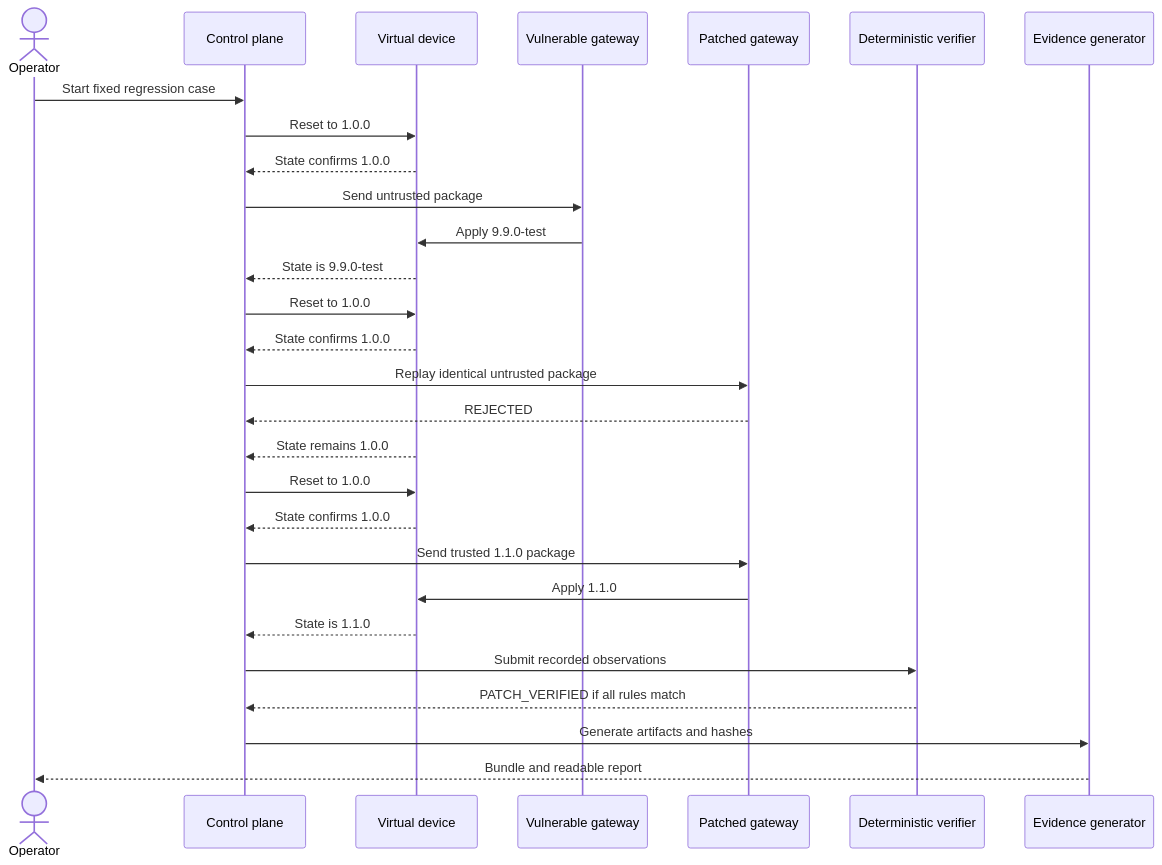
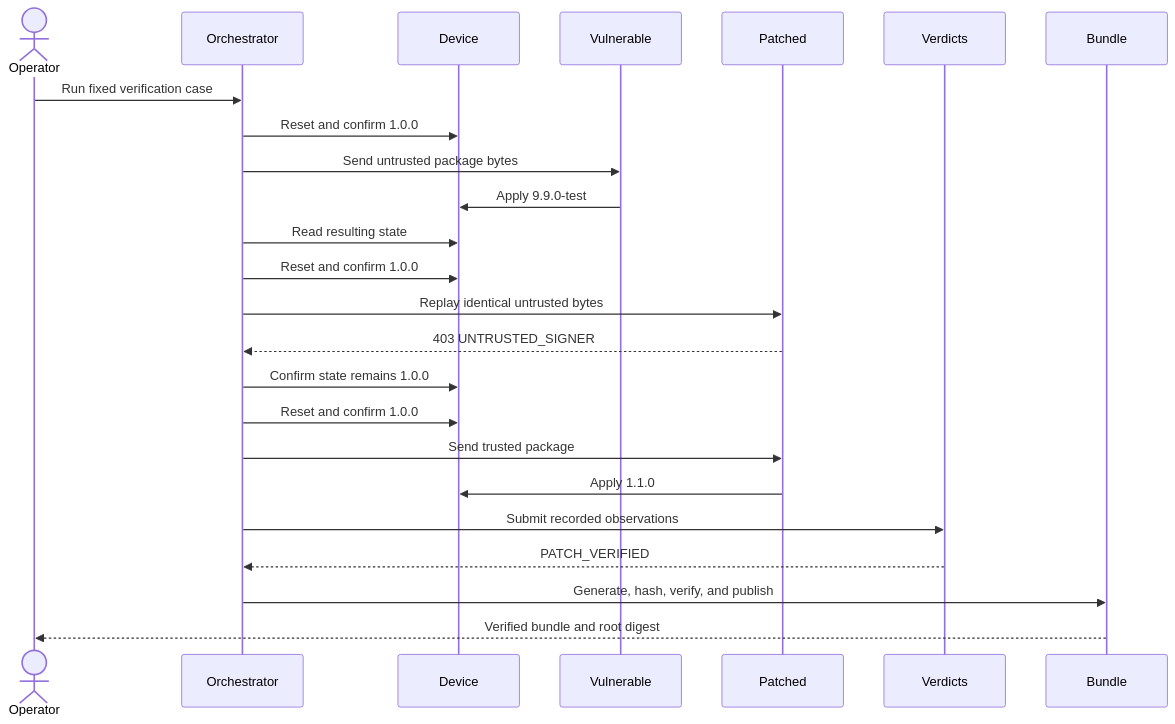
One commit to ibondarenko1/fixrepro changed the second of 2 diagrams in docs/ARCHITECTURE.md. Above: the diagram before and after it, drawn with Mermaid. The commit also changed other lines of this file and 46 other files, not shown here.

Commit message:
feat: add deterministic patch verification evidence

````diff
--- a/docs/ARCHITECTURE.md
+++ b/docs/ARCHITECTURE.md
@@ -80,31 +72,27 @@
 ```mermaid
 sequenceDiagram
     actor Operator
-    participant Control as Control plane
-    participant Device as Virtual device
-    participant Vulnerable as Vulnerable gateway
-    participant Patched as Patched gateway
-    participant Verifier as Deterministic verifier
-    participant Evidence as Evidence generator
+    participant Orchestrator
+    participant Device
+    participant Vulnerable
+    participant Patched
+    participant Verdicts
+    participant Bundle
 
-    Operator->>Control: Start fixed regression case
-    Control->>Device: Reset to 1.0.0
-    Device-->>Control: State confirms 1.0.0
-    Control->>Vulnerable: Send untrusted package
+    Operator->>Orchestrator: Run fixed verification case
+    Orchestrator->>Device: Reset and confirm 1.0.0
+    Orchestrator->>Vulnerable: Send untrusted package bytes
     Vulnerable->>Device: Apply 9.9.0-test
-    Device-->>Control: State is 9.9.0-test
-    Control->>Device: Reset to 1.0.0
-    Device-->>Control: State confirms 1.0.0
-    Control->>Patched: Replay identical untrusted package
-    Patched-->>Control: REJECTED
-    Device-->>Control: State remains 1.0.0
-    Control->>Device: Reset to 1.0.0
-    Device-->>Control: State confirms 1.0.0
-    Control->>Patched: Send trusted 1.1.0 package
+    Orchestrator->>Device: Read resulting state
+    Orchestrator->>Device: Reset and confirm 1.0.0
+    Orchestrator->>Patched: Replay identical untrusted bytes
+    Patched-->>Orchestrator: 403 UNTRUSTED_SIGNER
+    Orchestrator->>Device: Confirm state remains 1.0.0
+    Orchestrator->>Device: Reset and confirm 1.0.0
+    Orchestrator->>Patched: Send trusted package
     Patched->>Device: Apply 1.1.0
-    Device-->>Control: State is 1.1.0
-    Control->>Verifier: Submit recorded observations
-    Verifier-->>Control: PATCH_VERIFIED if all rules match
-    Control->>Evidence: Generate artifacts and hashes
-    Evidence-->>Operator: Bundle and readable report
+    Orchestrator->>Verdicts: Submit recorded observations
+    Verdicts-->>Orchestrator: PATCH_VERIFIED
+    Orchestrator->>Bundle: Generate, hash, verify, and publish
+    Bundle-->>Operator: Verified bundle and root digest
 ```
````
